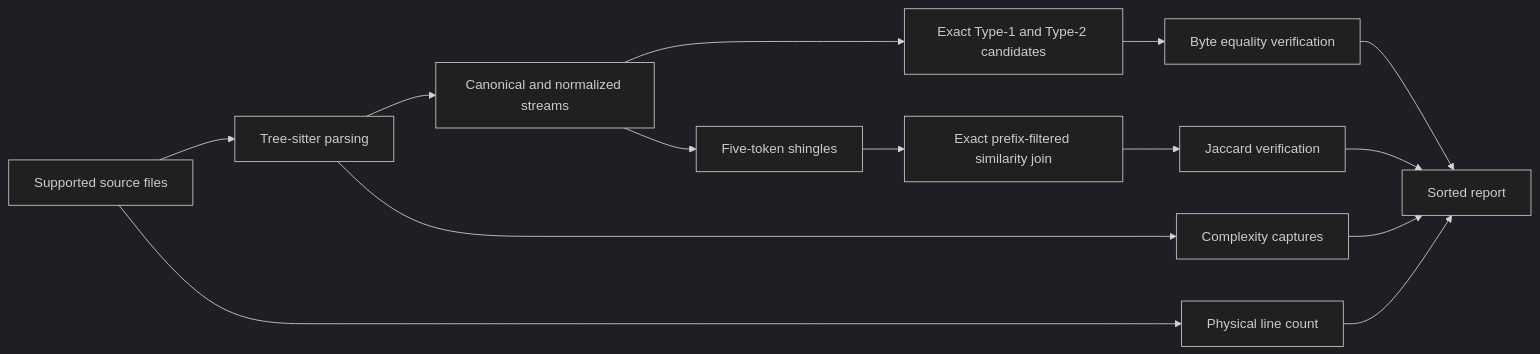
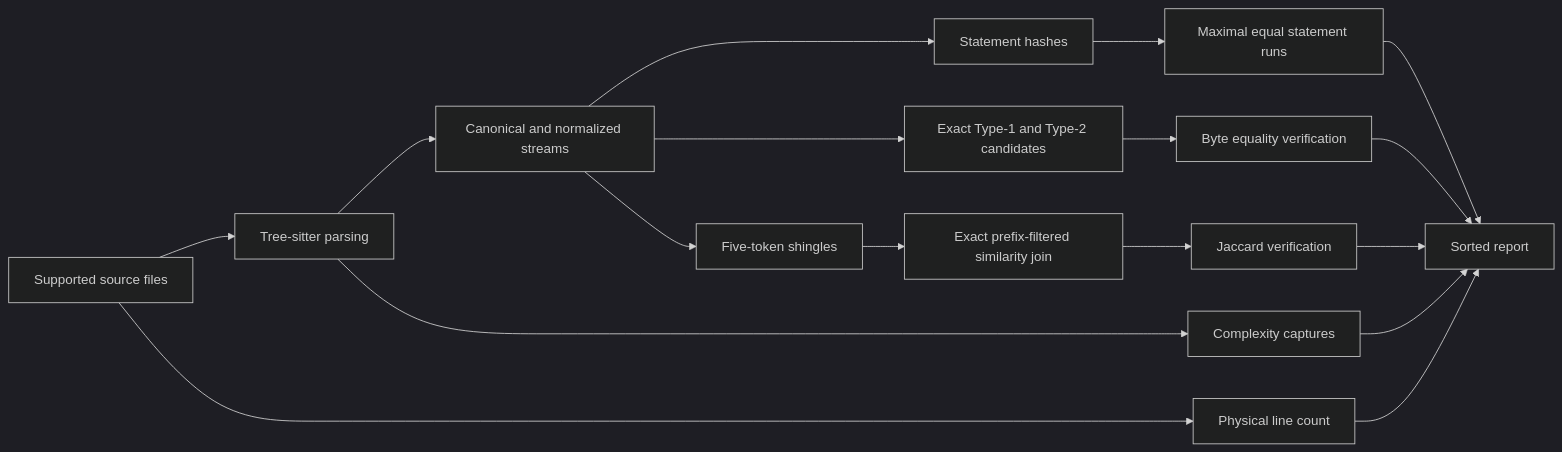
Before and after one commit to EzyGang/aposlop: the diagram in docs/content/concepts/how-it-works.md, drawn with Mermaid (dark theme). The commit also changed other lines of this file and 37 other files, not shown here.

First line of the commit message:
✨ feat(detection): report duplicate statement runs inside larger blocks

````diff
--- a/docs/content/concepts/how-it-works.md
+++ b/docs/content/concepts/how-it-works.md
@@ -10,16 +10,19 @@
 ```mermaid
 flowchart LR
   files[Supported source files] --> parse[Tree-sitter parsing]
   files --> length[Physical line count]
   parse --> tokens[Canonical and normalized streams]
   tokens --> exact[Exact Type-1 and Type-2 candidates]
   tokens --> shingles[Five-token shingles]
+  tokens --> statements[Statement hashes]
+  statements --> runs[Maximal equal statement runs]
+  runs --> report
   shingles --> join[Exact prefix-filtered similarity join]
   exact --> verify[Byte equality verification]
   join --> jaccard[Jaccard verification]
   verify --> report[Sorted report]
   jaccard --> report
   parse --> complexity[Complexity captures]
   complexity --> report
   length --> report
 ```
````
